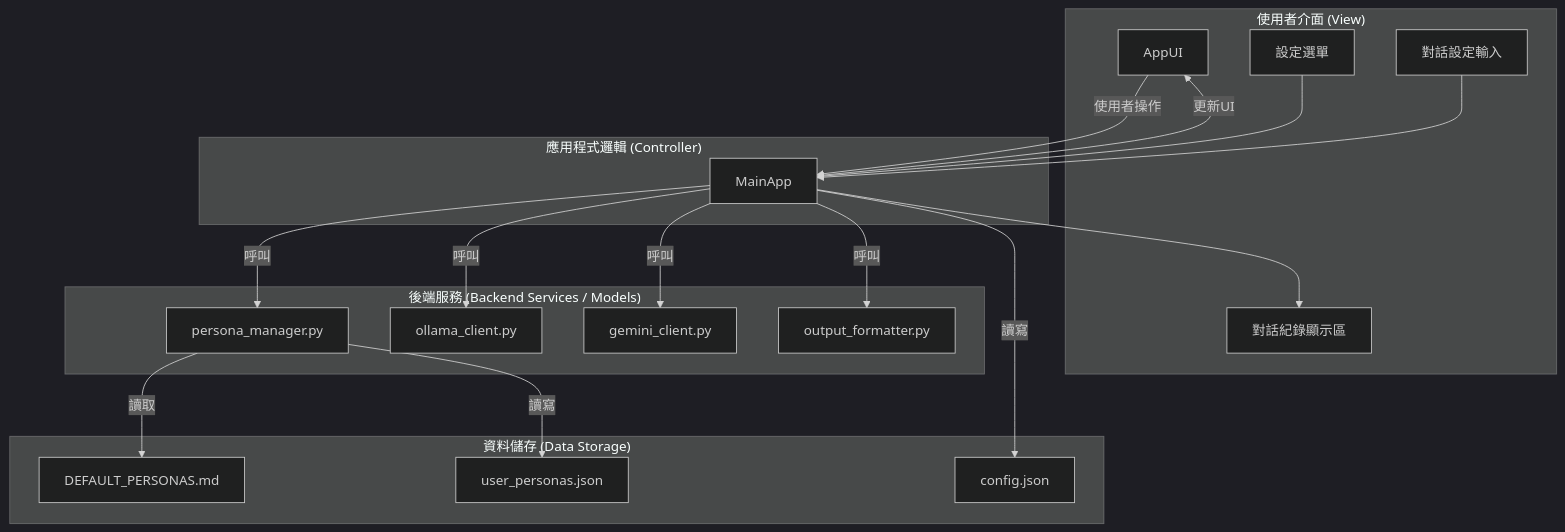
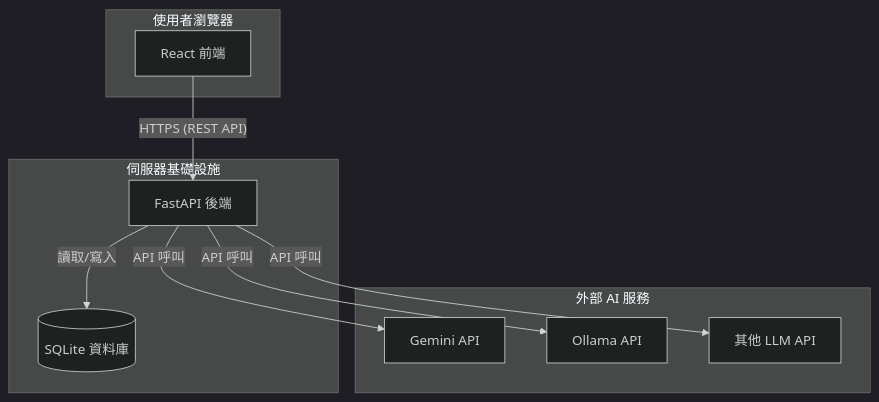
One commit to wanpwang1981-ux/AI-Dialogue-Simulator-0920 changed the diagram in ARCHITECTURE.md. Above: the diagram before and after it, drawn with Mermaid (dark theme). The commit also changed other lines of this file and 12 other files, not shown here.

First line of the commit message:
docs: Initialize new web application architecture

````diff
--- a/ARCHITECTURE.md
+++ b/ARCHITECTURE.md
@@ -7,42 +7,23 @@
 ```mermaid
 graph TD
-    subgraph "使用者介面 (View)"
-        A[AppUI]
-        A_Menu[設定選單]
-        A_Inputs[對話設定輸入]
-        A_Display[對話紀錄顯示區]
+    subgraph "使用者瀏覽器"
+        Frontend[React 前端]
     end
 
-    subgraph "應用程式邏輯 (Controller)"
-        B[MainApp]
+    subgraph "伺服器基礎設施"
+        Backend[FastAPI 後端]
+        DB[(SQLite 資料庫)]
     end
 
-    subgraph "後端服務 (Backend Services / Models)"
-        C[persona_manager.py]
-        D[ollama_client.py]
-        E[gemini_client.py]
-        F[output_formatter.py]
+    subgraph "外部 AI 服務"
+        Service1[Gemini API]
+        Service2[Ollama API]
+        Service3[其他 LLM API]
     end
 
-    subgraph "資料儲存 (Data Storage)"
-        G[DEFAULT_PERSONAS.md]
-        H[user_personas.json]
-        I[config.json]
-    end
-
-    A -- 使用者操作 --> B
-    B -- 更新UI --> A
-
-    B -- 呼叫 --> C
-    B -- 呼叫 --> D
-    B -- 呼叫 --> E
-    B -- 呼叫 --> F
-
-    C -- 讀取 --> G
-    C -- 讀寫 --> H
-    B -- 讀寫 --> I
-
-    A_Menu --> B
-    A_Inputs --> B
-    B --> A_Display
+    Frontend -- "HTTPS (REST API)" --> Backend
+    Backend -- "讀取/寫入" --> DB
+    Backend -- "API 呼叫" --> Service1
+    Backend -- "API 呼叫" --> Service2
+    Backend -- "API 呼叫" --> Service3
 ```
````
